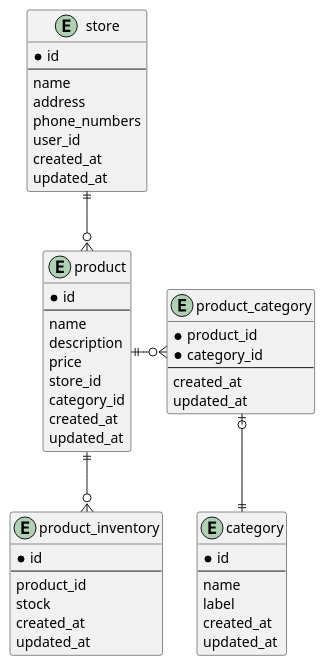
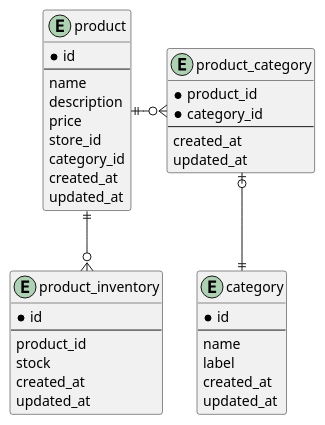
One commit to ylfyt/cdf changed the diagram in schema-product-inventory.puml. Above: the diagram before and after it, drawn with PlantUML. The commit also changed 11 other files, not shown here.

```diff
--- a/schema-product-inventory.puml
+++ b/schema-product-inventory.puml
@@ -1,60 +1,48 @@
 @startuml schema
 
 skinparam linetype ortho
-
-entity store {
-  * id
-  --
-  name
-  address
-  phone_numbers
-  user_id
-  created_at
-  updated_at
-}
 
 entity product {
   * id
   --
   name
   description
   price
   store_id
   category_id
   created_at
   updated_at
 }
 
 entity product_inventory {
   * id
   --
   product_id
   stock
   created_at
   updated_at
 }
 
 entity category {
   * id
   --
   name
   label
   created_at
   updated_at
 }
 
 entity product_category {
   * product_id
   * category_id
   --
   created_at
   updated_at
 }
 
-store ||--o{ product
 product ||-o{ product_category
 product ||--o{ product_inventory
 product_category |o--|| category
 
 
 @enduml
```
